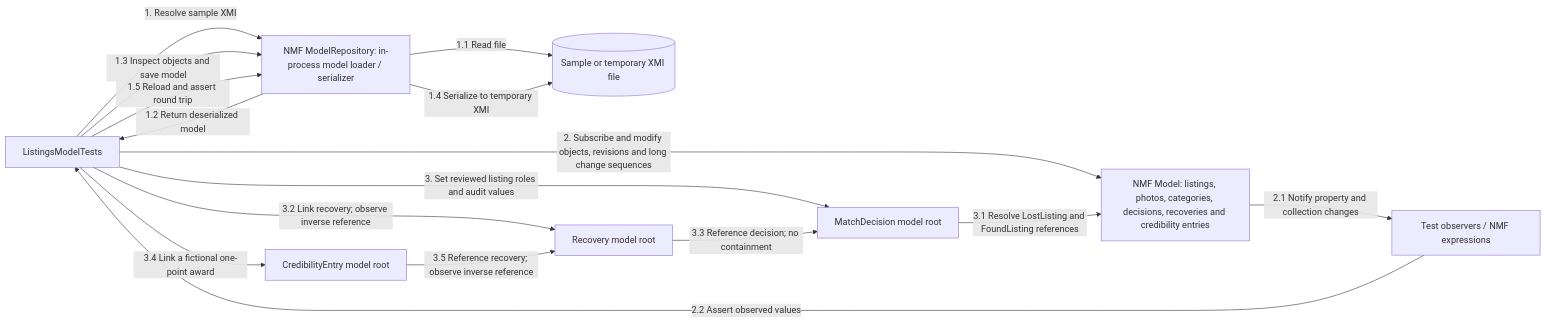
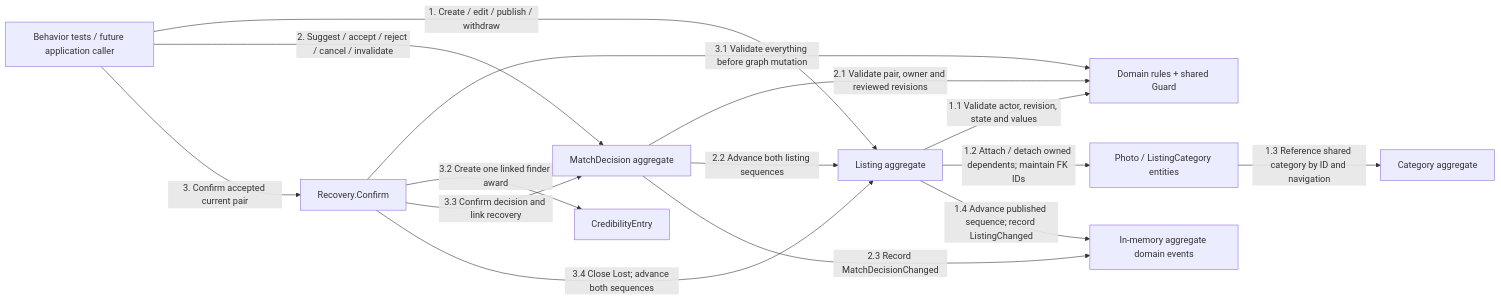
The sixth of 8 diagrams in src/Services/Listings/COMMUNICATION.md (bogdan-spilevoi/ASET-master-year-1), drawn with Mermaid before and after one commit. The commit also changed other lines of this file and 103 other files, not shown here.

````diff
--- a/src/Services/Listings/COMMUNICATION.md
+++ b/src/Services/Listings/COMMUNICATION.md
@@ -13,27 +160,26 @@
 ```mermaid
 flowchart LR
-    Tests["ListingsModelTests"]
-    Repository["NMF ModelRepository: in-process model loader / serializer"]
-    XMI[("Sample or temporary XMI file")]
-    Model["NMF Model: listings, photos, categories, decisions, recoveries and credibility entries"]
-    Observer["Test observers / NMF expressions"]
-    Decision["MatchDecision model root"]
-    Recovery["Recovery model root"]
-    Award["CredibilityEntry model root"]
-
-    Tests -->|"1. Resolve sample XMI"| Repository
-    Repository -->|"1.1 Read file"| XMI
-    Repository -->|"1.2 Return deserialized model"| Tests
-    Tests -->|"1.3 Inspect objects and save model"| Repository
-    Repository -->|"1.4 Serialize to temporary XMI"| XMI
-    Tests -->|"1.5 Reload and assert round trip"| Repository
-    Tests -->|"2. Subscribe and modify objects, revisions and long change sequences"| Model
-    Model -->|"2.1 Notify property and collection changes"| Observer
-    Observer -->|"2.2 Assert observed values"| Tests
-    Tests -->|"3. Set reviewed listing roles and audit values"| Decision
-    Decision -->|"3.1 Resolve LostListing and FoundListing references"| Model
-    Tests -->|"3.2 Link recovery; observe inverse reference"| Recovery
-    Recovery -->|"3.3 Reference decision; no containment"| Decision
-    Tests -->|"3.4 Link a fictional one-point award"| Award
-    Award -->|"3.5 Reference recovery; observe inverse reference"| Recovery
+    Caller["Behavior tests / future application caller"]
+    Listing["Listing aggregate"]
+    Children["Photo / ListingCategory entities"]
+    Catalog["Category aggregate"]
+    Guards["Domain rules + shared Guard"]
+    Decision["MatchDecision aggregate"]
+    Recovery["Recovery.Confirm"]
+    Award["CredibilityEntry"]
+    Events["In-memory aggregate domain events"]
+    Caller -->|"1. Create / edit / publish / withdraw"| Listing
+    Listing -->|"1.1 Validate actor, revision, state and values"| Guards
+    Listing -->|"1.2 Attach / detach owned dependents; maintain FK IDs"| Children
+    Children -->|"1.3 Reference shared category by ID and navigation"| Catalog
+    Listing -->|"1.4 Advance published sequence; record ListingChanged"| Events
+    Caller -->|"2. Suggest / accept / reject / cancel / invalidate"| Decision
+    Decision -->|"2.1 Validate pair, owner and reviewed revisions"| Guards
+    Decision -->|"2.2 Advance both listing sequences"| Listing
+    Decision -->|"2.3 Record MatchDecisionChanged"| Events
+    Caller -->|"3. Confirm accepted current pair"| Recovery
+    Recovery -->|"3.1 Validate everything before graph mutation"| Guards
+    Recovery -->|"3.2 Create one linked finder award"| Award
+    Recovery -->|"3.3 Confirm decision and link recovery"| Decision
+    Recovery -->|"3.4 Close Lost; advance both sequences"| Listing
 ```
````
